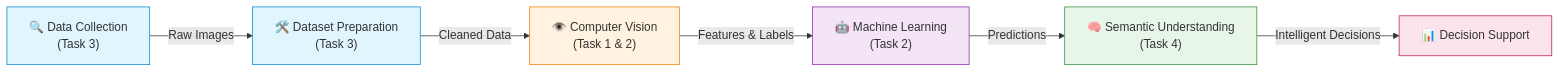
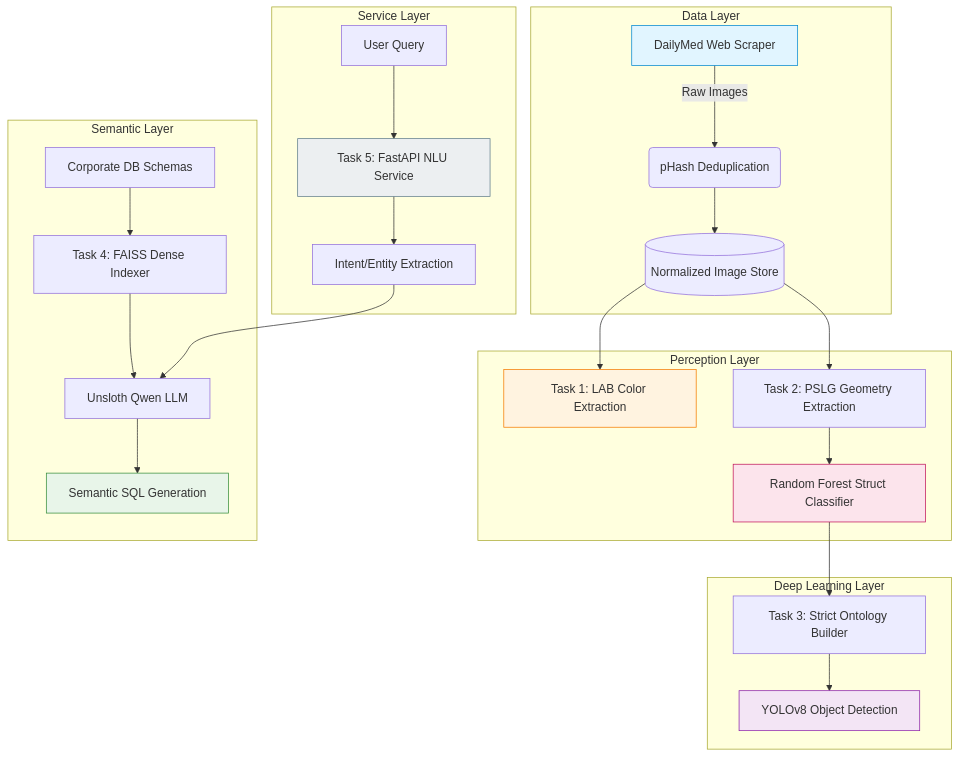
Before and after one commit to Meetjo656/Silvertouch_Internship: the diagram in README.md, drawn with Mermaid. The commit also changed other lines of this file, not shown here.

Commit message:
docs: deeply rewrite README with math, PSLG logic, and 5-task ecosystem architecture

````diff
--- a/README.md
+++ b/README.md
@@ -56,15 +71,37 @@
 ```mermaid
-graph LR
-    A["🔍 Data Collection<br/>(Task 3)"] -->|Raw Images| B["🛠️ Dataset Preparation<br/>(Task 3)"]
-    B -->|Cleaned Data| C["👁️ Computer Vision<br/>(Task 1 & 2)"]
-    C -->|Features & Labels| D["🤖 Machine Learning<br/>(Task 2)"]
-    D -->|Predictions| E["🧠 Semantic Understanding<br/>(Task 4)"]
-    E -->|Intelligent Decisions| F["📊 Decision Support"]
-    
+graph TD
+    subgraph Data Layer
+        A[DailyMed Web Scraper] -->|Raw Images| B(pHash Deduplication)
+        B --> C[(Normalized Image Store)]
+    end
+
+    subgraph Perception Layer
+        C --> D[Task 1: LAB Color Extraction]
+        C --> E[Task 2: PSLG Geometry Extraction]
+        E --> F[Random Forest Struct Classifier]
+    end
+
+    subgraph Deep Learning Layer
+        F --> G[Task 3: Strict Ontology Builder]
+        G --> H[YOLOv8 Object Detection]
+    end
+
+    subgraph Semantic Layer
+        I[Corporate DB Schemas] --> J[Task 4: FAISS Dense Indexer]
+        J --> K[Unsloth Qwen LLM]
+        K --> L[Semantic SQL Generation]
+    end
+
+    subgraph Service Layer
+        M[User Query] --> N[Task 5: FastAPI NLU Service]
+        N --> O[Intent/Entity Extraction]
+        O --> K
+    end
+
     style A fill:#e1f5ff,stroke:#0288d1
-    style B fill:#e1f5ff,stroke:#0288d1
-    style C fill:#fff3e0,stroke:#f57c00
-    style D fill:#f3e5f5,stroke:#8e24aa
-    style E fill:#e8f5e9,stroke:#388e3c
+    style D fill:#fff3e0,stroke:#f57c00
     style F fill:#fce4ec,stroke:#c2185b
+    style H fill:#f3e5f5,stroke:#8e24aa
+    style L fill:#e8f5e9,stroke:#388e3c
+    style N fill:#eceff1,stroke:#607d8b
 ```
````
